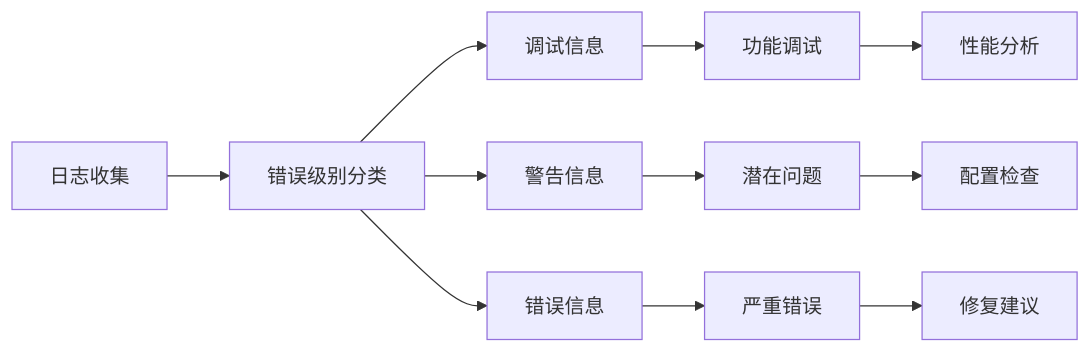
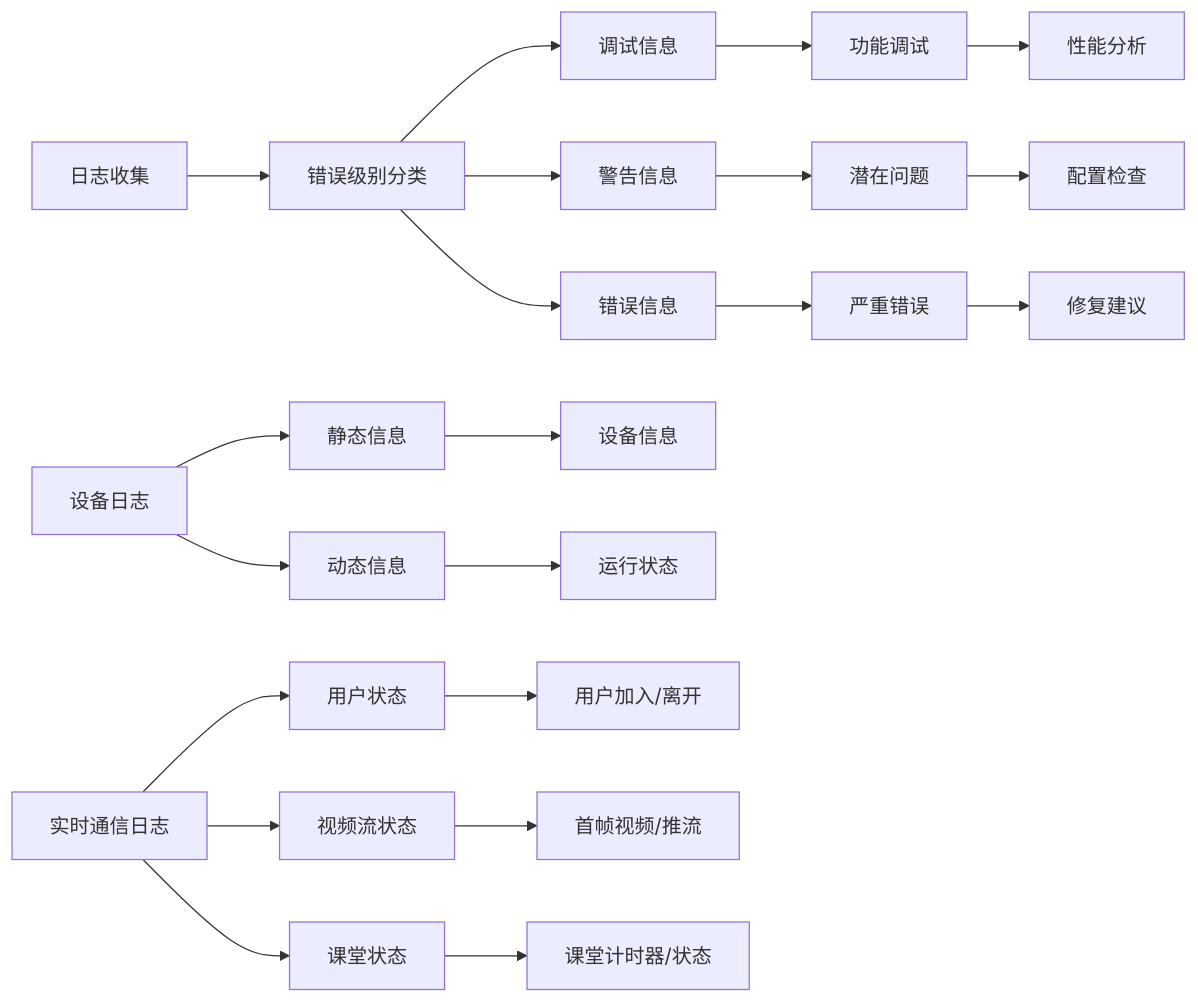
One commit to huz1xuan/harmony_XDY changed the eighth of 8 diagrams in .qoder/repowiki/zh/content/主要功能模块/主要功能模块.md. Above: the diagram before and after it, drawn with Mermaid. The commit also changed other lines of this file and 15 other files, not shown here.

````diff
--- a/.qoder/repowiki/zh/content/主要功能模块/主要功能模块.md
+++ b/.qoder/repowiki/zh/content/主要功能模块/主要功能模块.md
@@ -439,13 +635,23 @@
 ```mermaid
 flowchart LR
 A[日志收集] --> B[错误级别分类]
 B --> C[调试信息]
 B --> D[警告信息]
 B --> E[错误信息]
 C --> F[功能调试]
 D --> G[潜在问题]
 E --> H[严重错误]
 F --> I[性能分析]
 G --> J[配置检查]
 H --> K[修复建议]
+L[设备日志] --> M[静态信息]
+L --> N[动态信息]
+M --> O[设备信息]
+N --> P[运行状态]
+Q[实时通信日志] --> R[用户状态]
+Q --> S[视频流状态]
+Q --> T[课堂状态]
+R --> U[用户加入/离开]
+S --> V[首帧视频/推流]
+T --> W[课堂计时器/状态]
 ```
````
